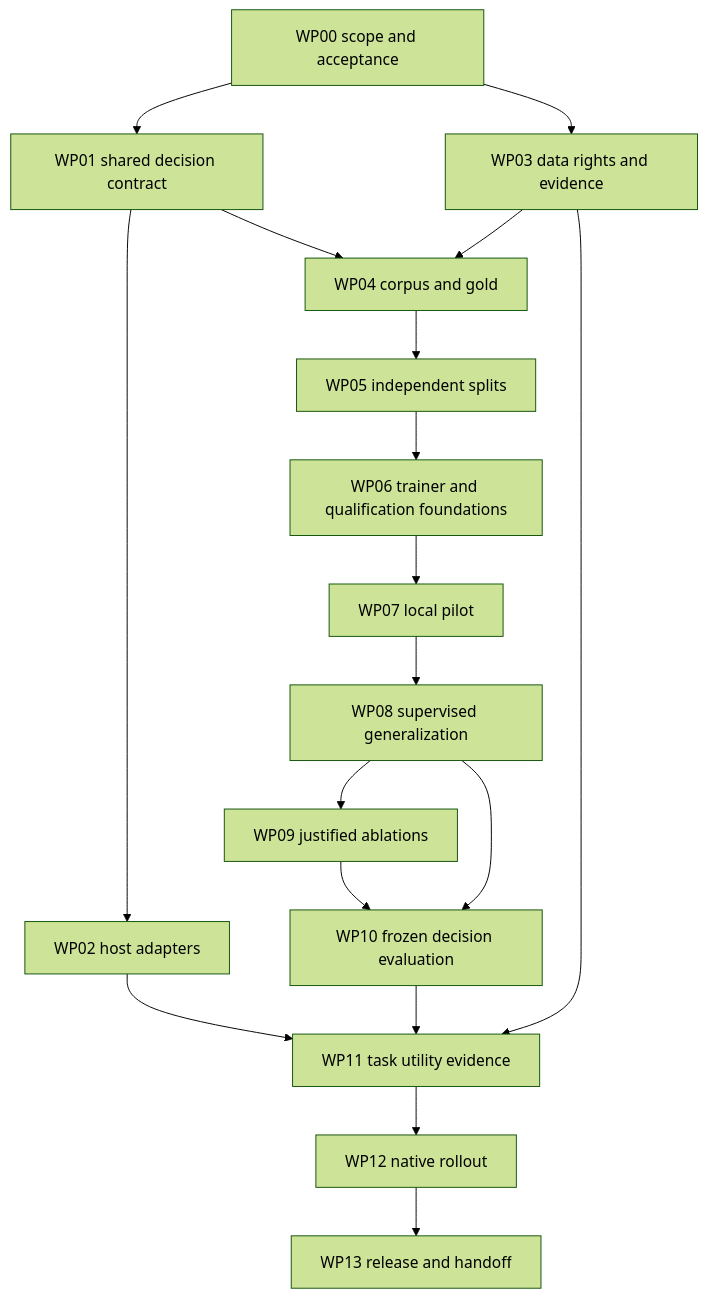
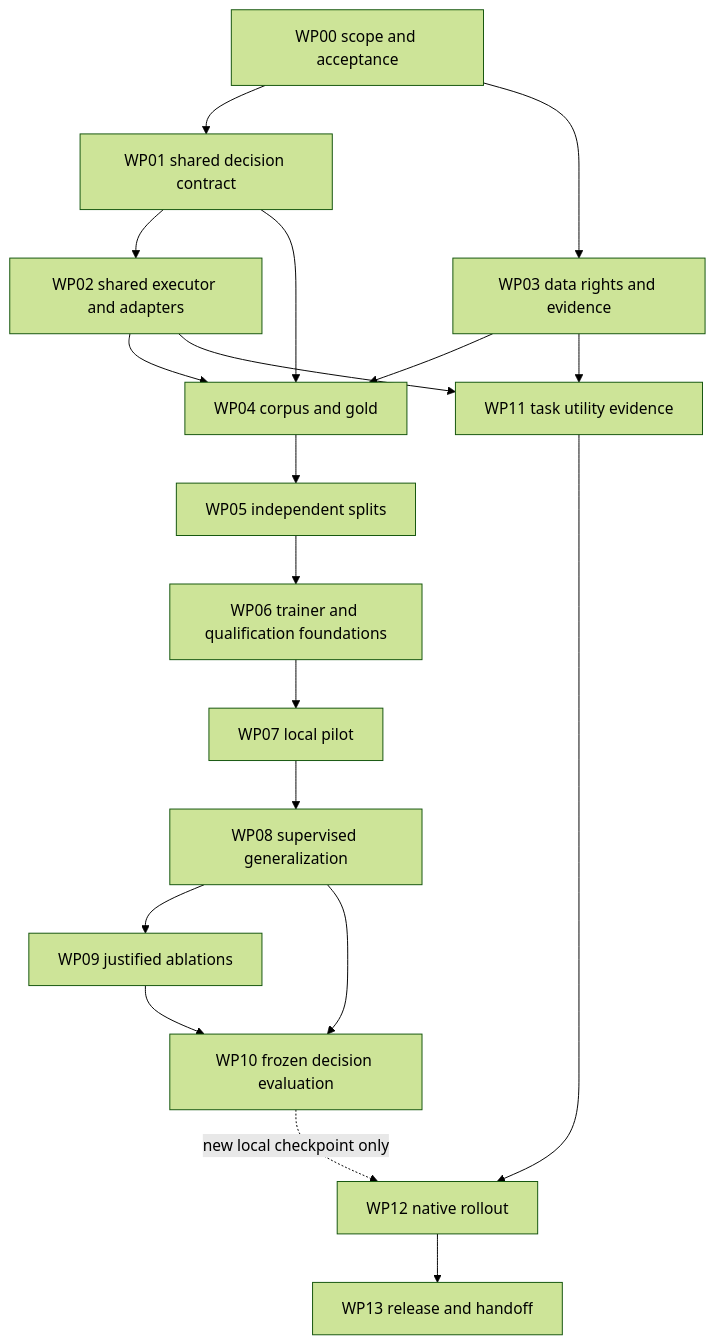
One commit to jadeonstudio/pointsman changed the first of 2 diagrams in PLAN.md. Above: the diagram before and after it, drawn with Mermaid (forest theme). The commit also changed other lines of this file and 1 other file, not shown here.

````diff
--- a/PLAN.md
+++ b/PLAN.md
@@ -80,20 +263,21 @@
 ```mermaid
 flowchart TD
     W0[WP00 scope and acceptance] --> W1[WP01 shared decision contract]
     W0 --> W3[WP03 data rights and evidence]
-    W1 --> W2[WP02 host adapters]
+    W1 --> W2[WP02 shared executor and adapters]
     W1 --> W4[WP04 corpus and gold]
     W3 --> W4
+    W2 --> W4
     W4 --> W5[WP05 independent splits]
     W5 --> W6[WP06 trainer and qualification foundations]
     W6 --> W7[WP07 local pilot]
     W7 --> W8[WP08 supervised generalization]
     W8 --> W9[WP09 justified ablations]
     W8 --> W10[WP10 frozen decision evaluation]
     W9 --> W10
     W2 --> W11[WP11 task utility evidence]
     W3 --> W11
-    W10 --> W11
     W11 --> W12[WP12 native rollout]
+    W10 -. new local checkpoint only .-> W12
     W12 --> W13[WP13 release and handoff]
 ```
````
